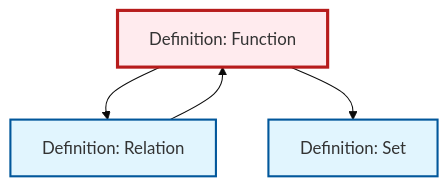
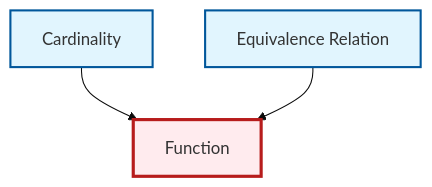
Before and after one commit to RK0429/ModernMath: the diagram in content/en/logic-set-theory/def-function.qmd, drawn with Mermaid (base theme). The commit also changed 328 other files, not shown here.

````diff
--- a/content/en/logic-set-theory/def-function.qmd
+++ b/content/en/logic-set-theory/def-function.qmd
@@ -74,18 +74,17 @@
 ```{mermaid}
 %%| fig-cap: "Local dependency graph"
 graph TD
     classDef definition fill:#e1f5fe,stroke:#01579b,stroke-width:2px
     classDef theorem fill:#f3e5f5,stroke:#4a148c,stroke-width:2px
     classDef axiom fill:#fff3e0,stroke:#e65100,stroke-width:2px
     classDef example fill:#e8f5e9,stroke:#1b5e20,stroke-width:2px
     classDef current fill:#ffebee,stroke:#b71c1c,stroke-width:3px
-    def-set["Definition: Set"]:::definition
-    def-function["Definition: Function"]:::definition
-    def-relation["Definition: Relation"]:::definition
-    def-function --> def-relation
-    def-function --> def-set
-    def-relation --> def-function
+    def-cardinality["Cardinality"]:::definition
+    def-equivalence-relation["Equivalence Relation"]:::definition
+    def-function["Function"]:::definition
+    def-cardinality --> def-function
+    def-equivalence-relation --> def-function
     class def-function current
-    click def-set "def-set.html" "Go to Set definition"
-    click def-relation "def-relation.html" "Go to Relation definition"
+    click def-cardinality "def-cardinality.html" "Go to Cardinality"
+    click def-equivalence-relation "def-equivalence-relation.html" "Go to Equivalence Relation"
 ```
````
